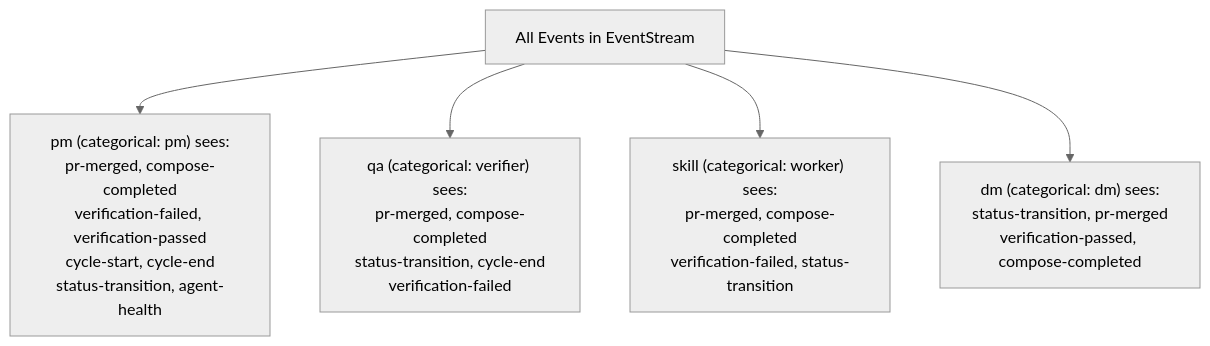
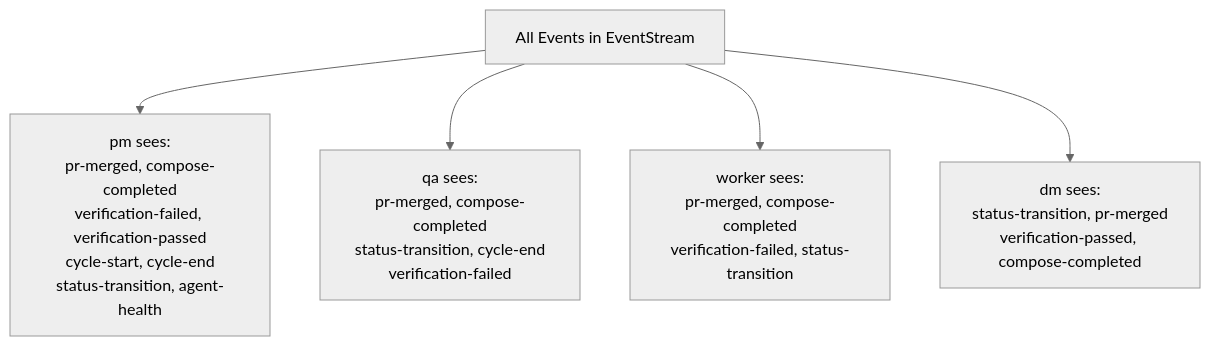
Before and after one commit to WallyDoodlez/SquidSquad: the seventh of 16 diagrams in docs/AGENT-RUNTIME.md, drawn with Mermaid (neutral theme). The commit also changed other lines of this file and 6 other files, not shown here.

````diff
--- a/docs/AGENT-RUNTIME.md
+++ b/docs/AGENT-RUNTIME.md
@@ -361,8 +359,8 @@
 ```mermaid
 graph TD
     ALL["All Events in EventStream"]
-    ALL --> PM["pm (categorical: pm) sees:<br/>pr-merged, compose-completed<br/>verification-failed, verification-passed<br/>cycle-start, cycle-end<br/>status-transition, agent-health"]
-    ALL --> QA["qa (categorical: verifier) sees:<br/>pr-merged, compose-completed<br/>status-transition, cycle-end<br/>verification-failed"]
-    ALL --> SKILL["skill (categorical: worker) sees:<br/>pr-merged, compose-completed<br/>verification-failed, status-transition"]
-    ALL --> DM["dm (categorical: dm) sees:<br/>status-transition, pr-merged<br/>verification-passed, compose-completed"]
+    ALL --> PM["pm sees:<br/>pr-merged, compose-completed<br/>verification-failed, verification-passed<br/>cycle-start, cycle-end<br/>status-transition, agent-health"]
+    ALL --> QA["qa sees:<br/>pr-merged, compose-completed<br/>status-transition, cycle-end<br/>verification-failed"]
+    ALL --> WORKER["worker sees:<br/>pr-merged, compose-completed<br/>verification-failed, status-transition"]
+    ALL --> DM["dm sees:<br/>status-transition, pr-merged<br/>verification-passed, compose-completed"]
 ```
````
